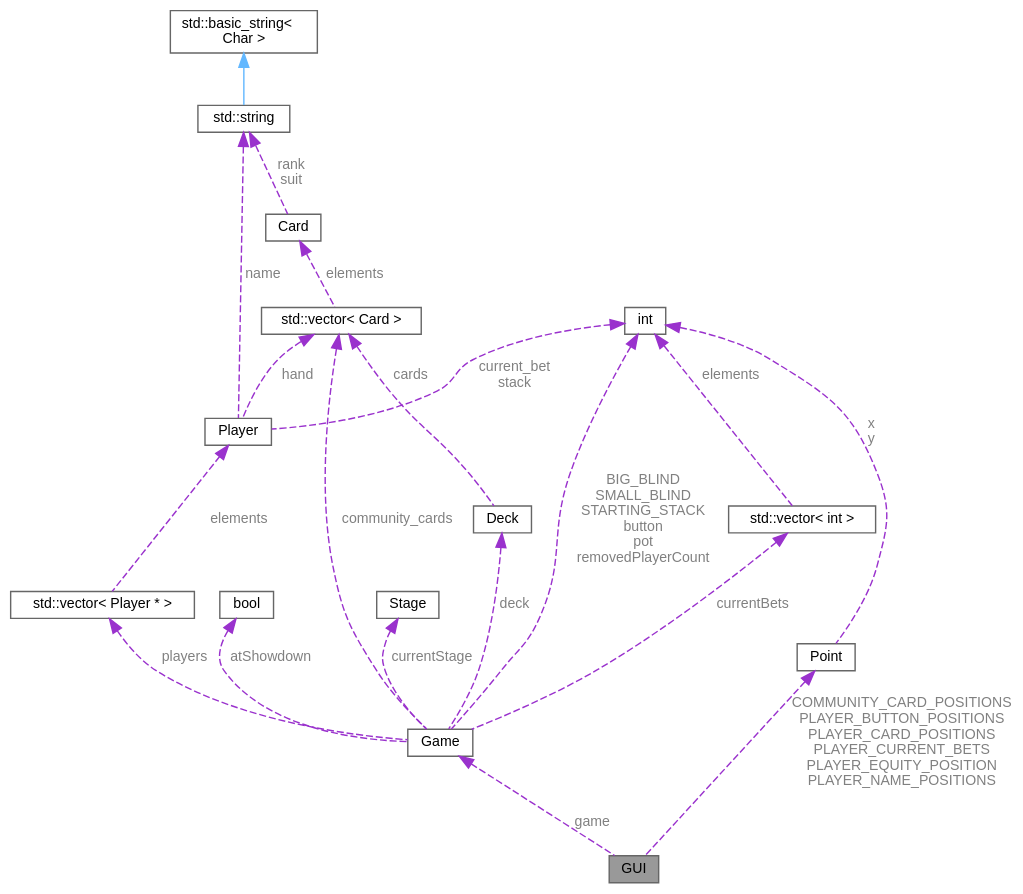
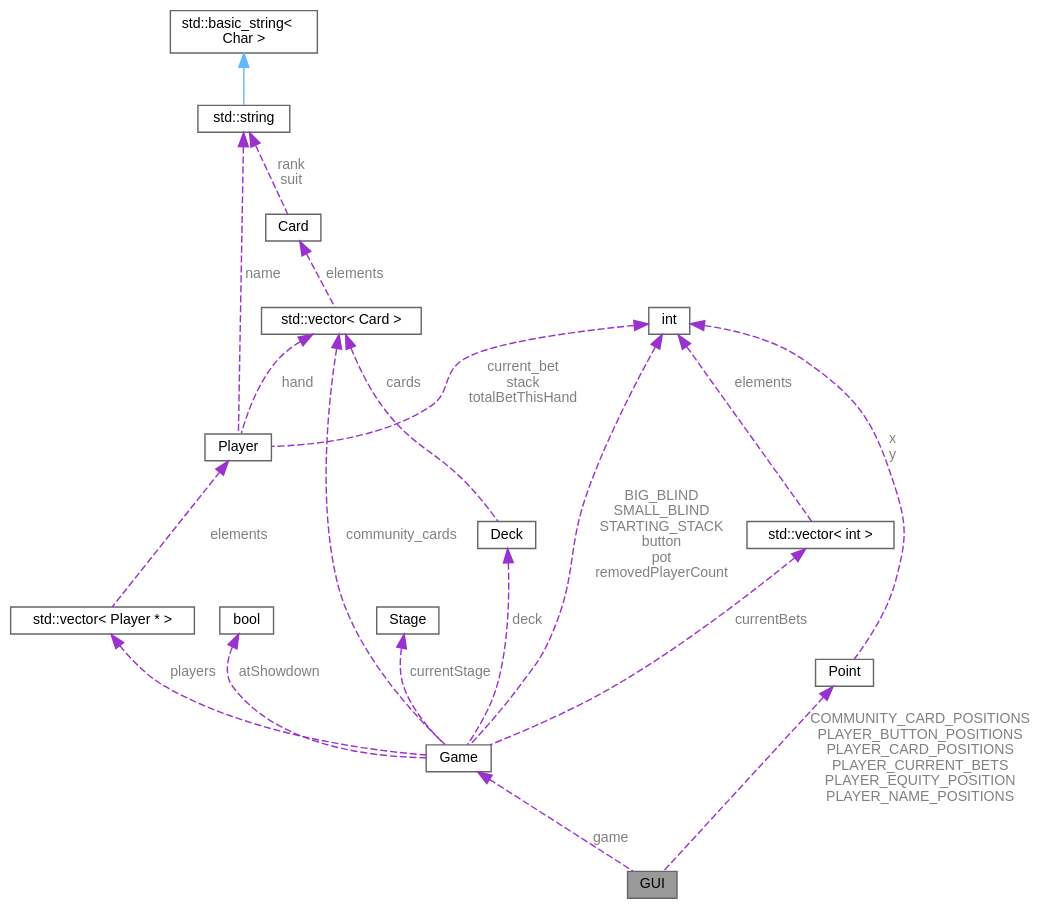
One commit to jesstyrrell/cosc345 changed the diagram in class_g_u_i__coll__graph.dot. Above: the diagram before and after it, drawn with Graphviz. The commit also changed 152 other files, not shown here.

```diff
--- a/class_g_u_i__coll__graph.dot
+++ b/class_g_u_i__coll__graph.dot
@@ -1,41 +1,41 @@
 digraph "GUI"
 {
  // INTERACTIVE_SVG=YES
  // LATEX_PDF_SIZE
   bgcolor="transparent";
   edge [fontname=Helvetica,fontsize=10,labelfontname=Helvetica,labelfontsize=10];
   node [fontname=Helvetica,fontsize=10,shape=box,height=0.2,width=0.4];
   Node1 [id="Node000001",label="GUI",height=0.2,width=0.4,color="gray40", fillcolor="grey60", style="filled", fontcolor="black",tooltip="Provides a graphical user interface for interacting with the poker game."];
   Node2 -> Node1 [id="edge1_Node000001_Node000002",dir="back",color="darkorchid3",style="dashed",tooltip=" ",label=" game",fontcolor="grey" ];
   Node2 [id="Node000002",label="Game",height=0.2,width=0.4,color="gray40", fillcolor="white", style="filled",URL="$class_game.html",tooltip="Manages the state and flow of a poker game."];
   Node3 -> Node2 [id="edge2_Node000002_Node000003",dir="back",color="darkorchid3",style="dashed",tooltip=" ",label=" players",fontcolor="grey" ];
   Node3 [id="Node000003",label="std::vector\< Player * \>",height=0.2,width=0.4,color="gray40", fillcolor="white", style="filled",tooltip=" "];
   Node4 -> Node3 [id="edge3_Node000003_Node000004",dir="back",color="darkorchid3",style="dashed",tooltip=" ",label=" elements",fontcolor="grey" ];
   Node4 [id="Node000004",label="Player",height=0.2,width=0.4,color="gray40", fillcolor="white", style="filled",URL="$class_player.html",tooltip="Represents a human player in the poker game."];
   Node5 -> Node4 [id="edge4_Node000004_Node000005",dir="back",color="darkorchid3",style="dashed",tooltip=" ",label=" name",fontcolor="grey" ];
   Node5 [id="Node000005",label="std::string",height=0.2,width=0.4,color="gray40", fillcolor="white", style="filled",tooltip=" "];
   Node6 -> Node5 [id="edge5_Node000005_Node000006",dir="back",color="steelblue1",style="solid",tooltip=" "];
   Node6 [id="Node000006",label="std::basic_string\<\l Char \>",height=0.2,width=0.4,color="gray40", fillcolor="white", style="filled",tooltip=" "];
   Node7 -> Node4 [id="edge6_Node000004_Node000007",dir="back",color="darkorchid3",style="dashed",tooltip=" ",label=" hand",fontcolor="grey" ];
   Node7 [id="Node000007",label="std::vector\< Card \>",height=0.2,width=0.4,color="gray40", fillcolor="white", style="filled",tooltip=" "];
   Node8 -> Node7 [id="edge7_Node000007_Node000008",dir="back",color="darkorchid3",style="dashed",tooltip=" ",label=" elements",fontcolor="grey" ];
   Node8 [id="Node000008",label="Card",height=0.2,width=0.4,color="gray40", fillcolor="white", style="filled",URL="$class_card.html",tooltip="Represents a single card in a deck of cards. Each card has a suit and a rank."];
   Node5 -> Node8 [id="edge8_Node000008_Node000005",dir="back",color="darkorchid3",style="dashed",tooltip=" ",label=" rank\nsuit",fontcolor="grey" ];
-  Node9 -> Node4 [id="edge9_Node000004_Node000009",dir="back",color="darkorchid3",style="dashed",tooltip=" ",label=" current_bet\nstack",fontcolor="grey" ];
+  Node9 -> Node4 [id="edge9_Node000004_Node000009",dir="back",color="darkorchid3",style="dashed",tooltip=" ",label=" current_bet\nstack\ntotalBetThisHand",fontcolor="grey" ];
   Node9 [id="Node000009",label="int",height=0.2,width=0.4,color="gray40", fillcolor="white", style="filled",tooltip=" "];
   Node7 -> Node2 [id="edge10_Node000002_Node000007",dir="back",color="darkorchid3",style="dashed",tooltip=" ",label=" community_cards",fontcolor="grey" ];
   Node10 -> Node2 [id="edge11_Node000002_Node000010",dir="back",color="darkorchid3",style="dashed",tooltip=" ",label=" currentBets",fontcolor="grey" ];
   Node10 [id="Node000010",label="std::vector\< int \>",height=0.2,width=0.4,color="gray40", fillcolor="white", style="filled",tooltip=" "];
   Node9 -> Node10 [id="edge12_Node000010_Node000009",dir="back",color="darkorchid3",style="dashed",tooltip=" ",label=" elements",fontcolor="grey" ];
   Node9 -> Node2 [id="edge13_Node000002_Node000009",dir="back",color="darkorchid3",style="dashed",tooltip=" ",label=" BIG_BLIND\nSMALL_BLIND\nSTARTING_STACK\nbutton\npot\nremovedPlayerCount",fontcolor="grey" ];
   Node11 -> Node2 [id="edge14_Node000002_Node000011",dir="back",color="darkorchid3",style="dashed",tooltip=" ",label=" atShowdown",fontcolor="grey" ];
   Node11 [id="Node000011",label="bool",height=0.2,width=0.4,color="gray40", fillcolor="white", style="filled",tooltip=" "];
   Node12 -> Node2 [id="edge15_Node000002_Node000012",dir="back",color="darkorchid3",style="dashed",tooltip=" ",label=" deck",fontcolor="grey" ];
   Node12 [id="Node000012",label="Deck",height=0.2,width=0.4,color="gray40", fillcolor="white", style="filled",URL="$class_deck.html",tooltip="Represents a deck of playing cards, providing functionality to shuffle, deal, and manage the deck."];
   Node7 -> Node12 [id="edge16_Node000012_Node000007",dir="back",color="darkorchid3",style="dashed",tooltip=" ",label=" cards",fontcolor="grey" ];
   Node13 -> Node2 [id="edge17_Node000002_Node000013",dir="back",color="darkorchid3",style="dashed",tooltip=" ",label=" currentStage",fontcolor="grey" ];
   Node13 [id="Node000013",label="Stage",height=0.2,width=0.4,color="gray40", fillcolor="white", style="filled",tooltip=" "];
   Node14 -> Node1 [id="edge18_Node000001_Node000014",dir="back",color="darkorchid3",style="dashed",tooltip=" ",label=" COMMUNITY_CARD_POSITIONS\nPLAYER_BUTTON_POSITIONS\nPLAYER_CARD_POSITIONS\nPLAYER_CURRENT_BETS\nPLAYER_EQUITY_POSITION\nPLAYER_NAME_POSITIONS",fontcolor="grey" ];
   Node14 [id="Node000014",label="Point",height=0.2,width=0.4,color="gray40", fillcolor="white", style="filled",URL="$struct_point.html",tooltip="Represents a point with x and y coordinates."];
   Node9 -> Node14 [id="edge19_Node000014_Node000009",dir="back",color="darkorchid3",style="dashed",tooltip=" ",label=" x\ny",fontcolor="grey" ];
 }
```
